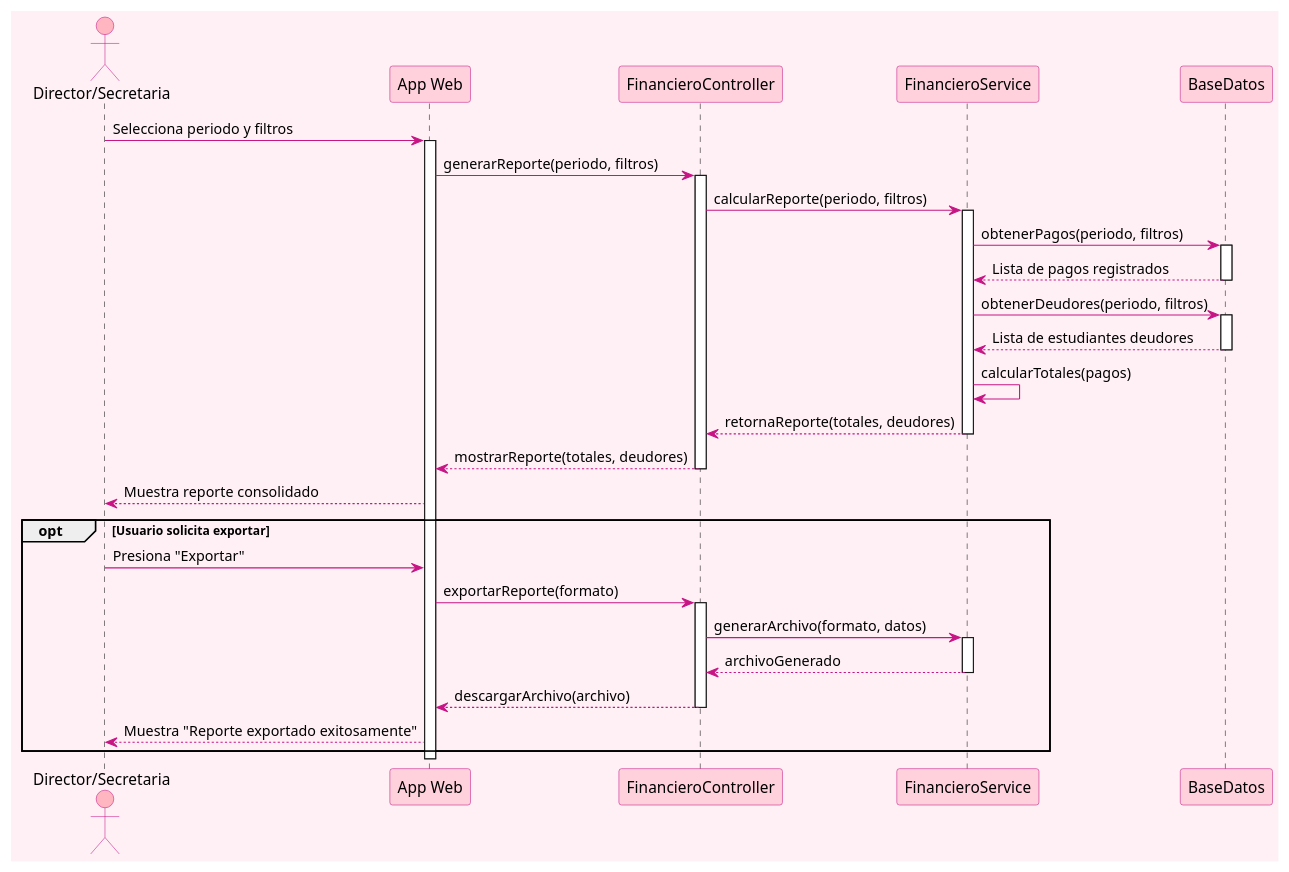
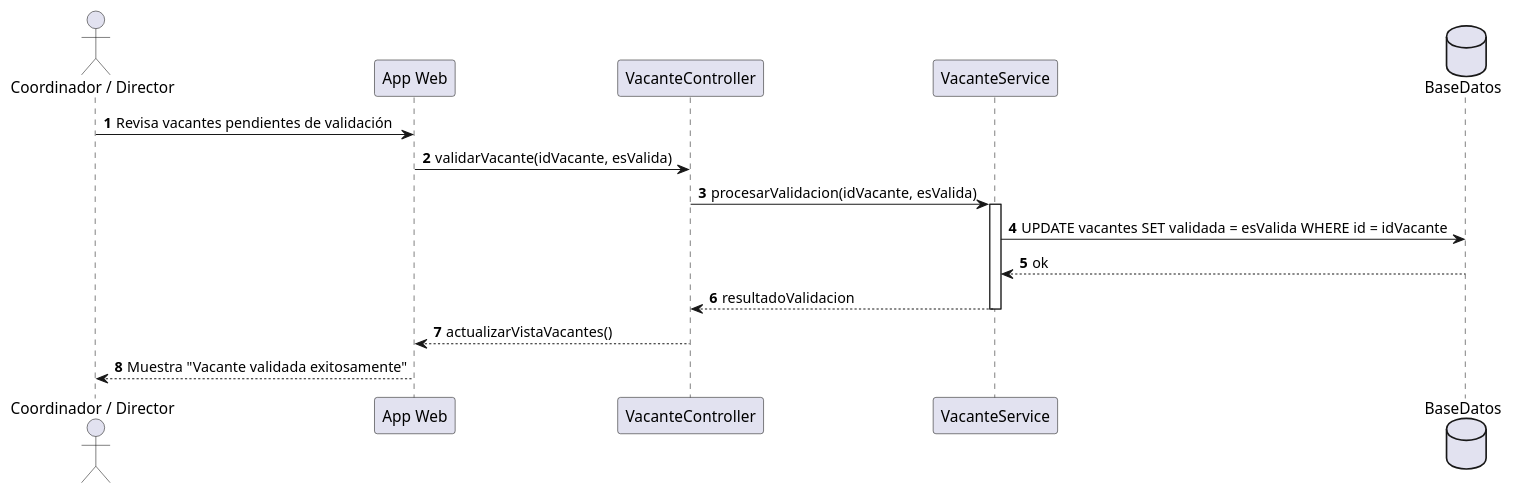
Before and after one commit to 1XxBlack1xX1/PYS-PASTIAS: the diagram in SYS-PAST/2-MODELO_UML/Comportamiento/2-Secuencia/SQ-CU06-validacion-vacantes.puml, drawn with PlantUML. The commit also changed 42 other files, not shown here.

```diff
--- a/SYS-PAST/2-MODELO_UML/Comportamiento/2-Secuencia/SQ-CU06-validacion-vacantes.puml
+++ b/SYS-PAST/2-MODELO_UML/Comportamiento/2-Secuencia/SQ-CU06-validacion-vacantes.puml
@@ -1,52 +1,19 @@
-@startuml
-skinparam backgroundColor #FFF0F5
-skinparam participantBackgroundColor #FFD1DC
-skinparam participantBorderColor #C71585
-skinparam actorBackgroundColor #FFB6C1
-skinparam actorBorderColor #C71585
-skinparam arrowColor #C71585
-skinparam lifeLineBorderColor #C71585
+@startuml CU06_Validacion_Vacantes
+autonumber
+actor "Coordinador / Director" as Actor
+participant "App Web" as UI
+participant "VacanteController" as Ctrl
+participant "VacanteService" as Serv
+database "BaseDatos" as DB
 
-actor "Director/Secretaria" as user
-participant "App Web" as app
-participant "FinancieroController" as controller
-participant "FinancieroService" as service
-participant "BaseDatos" as db
-
-user -> app : Selecciona periodo y filtros
-activate app
-app -> controller : generarReporte(periodo, filtros)
-activate controller
-controller -> service : calcularReporte(periodo, filtros)
-activate service
-service -> db : obtenerPagos(periodo, filtros)
-activate db
-db --> service : Lista de pagos registrados
-deactivate db
-service -> db : obtenerDeudores(periodo, filtros)
-activate db
-db --> service : Lista de estudiantes deudores
-deactivate db
-service -> service : calcularTotales(pagos)
-service --> controller : retornaReporte(totales, deudores)
-deactivate service
-controller --> app : mostrarReporte(totales, deudores)
-deactivate controller
-app --> user : Muestra reporte consolidado
-
-opt Usuario solicita exportar
-    user -> app : Presiona "Exportar"
-    app -> controller : exportarReporte(formato)
-    activate controller
-    controller -> service : generarArchivo(formato, datos)
-    activate service
-    service --> controller : archivoGenerado
-    deactivate service
-    controller --> app : descargarArchivo(archivo)
-    deactivate controller
-    app --> user : Muestra "Reporte exportado exitosamente"
-end
-
-deactivate app
-
+Actor -> UI: Revisa vacantes pendientes de validación
+UI -> Ctrl: validarVacante(idVacante, esValida)
+Ctrl -> Serv: procesarValidacion(idVacante, esValida)
+activate Serv
+Serv -> DB: UPDATE vacantes SET validada = esValida WHERE id = idVacante
+DB --> Serv: ok
+Ctrl <-- Serv: resultadoValidacion
+deactivate Serv
+UI <-- Ctrl: actualizarVistaVacantes()
+Actor <-- UI: Muestra "Vacante validada exitosamente"
 @enduml
```
